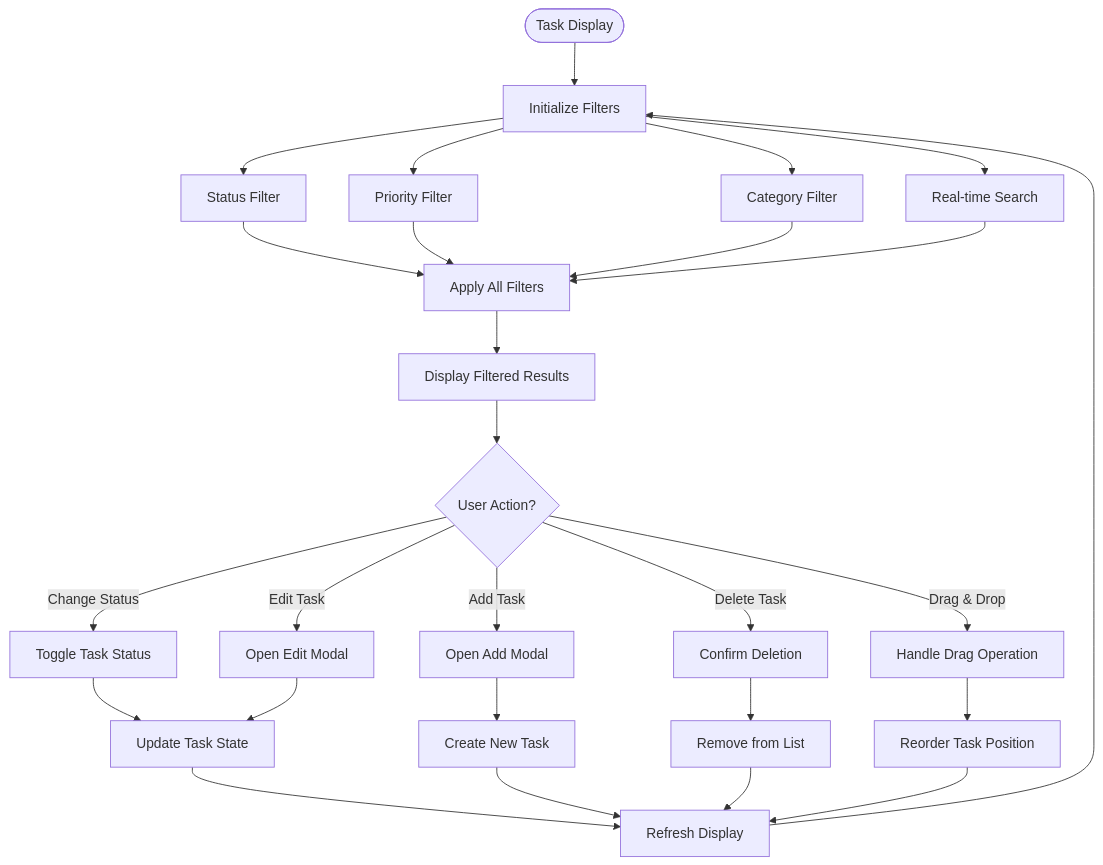
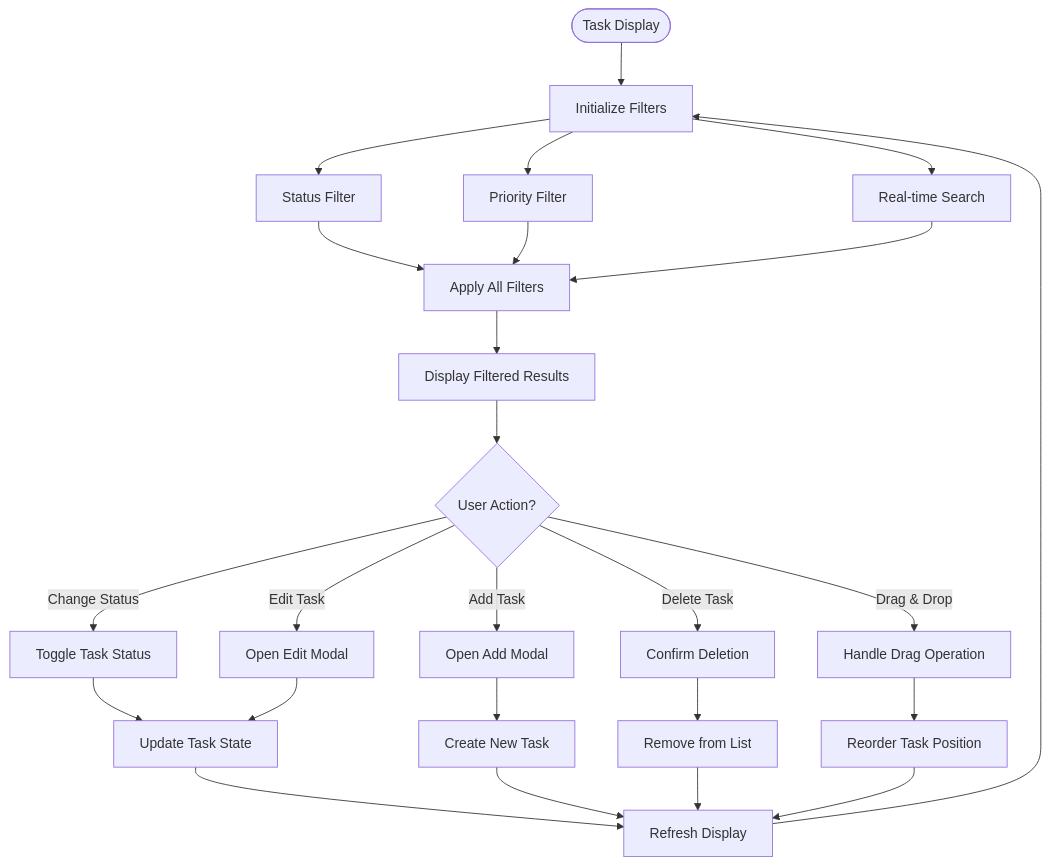
One commit to geniusdynamics/schoolpilot changed the fifth of 10 diagrams in .qoder/repowiki/en/content/Modules System/TODO Module.md. Above: the diagram before and after it, drawn with Mermaid. The commit also changed other lines of this file and 54 other files, not shown here.

````diff
--- a/.qoder/repowiki/en/content/Modules System/TODO Module.md
+++ b/.qoder/repowiki/en/content/Modules System/TODO Module.md
@@ -252,29 +237,27 @@
 ```mermaid
 flowchart TD
 Start([Task Display]) --> FilterInit[Initialize Filters]
 FilterInit --> StatusFilter[Status Filter]
 FilterInit --> PriorityFilter[Priority Filter]
-FilterInit --> CategoryFilter[Category Filter]
 FilterInit --> SearchFilter[Real-time Search]
 StatusFilter --> ApplyFilters[Apply All Filters]
 PriorityFilter --> ApplyFilters
-CategoryFilter --> ApplyFilters
 SearchFilter --> ApplyFilters
 ApplyFilters --> DisplayResults[Display Filtered Results]
 DisplayResults --> UserAction{User Action?}
 UserAction --> |Change Status| ToggleStatus[Toggle Task Status]
 UserAction --> |Edit Task| EditTask[Open Edit Modal]
 UserAction --> |Delete Task| DeleteTask[Confirm Deletion]
 UserAction --> |Add Task| AddTask[Open Add Modal]
 UserAction --> |Drag & Drop| DragDrop[Handle Drag Operation]
 ToggleStatus --> UpdateState[Update Task State]
 EditTask --> UpdateState
 DeleteTask --> RemoveTask[Remove from List]
 AddTask --> CreateTask[Create New Task]
 DragDrop --> ReorderTasks[Reorder Task Position]
 UpdateState --> RefreshDisplay[Refresh Display]
 CreateTask --> RefreshDisplay
 RemoveTask --> RefreshDisplay
 ReorderTasks --> RefreshDisplay
 RefreshDisplay --> FilterInit
 ```
````
